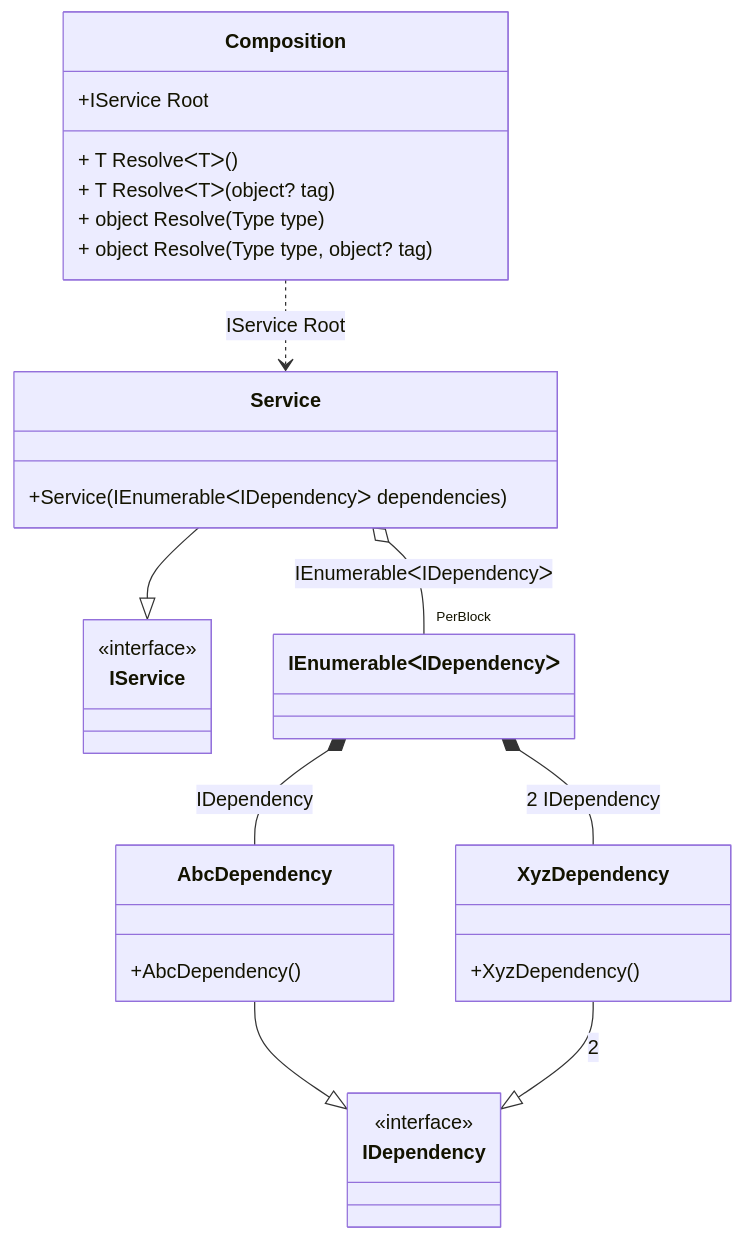
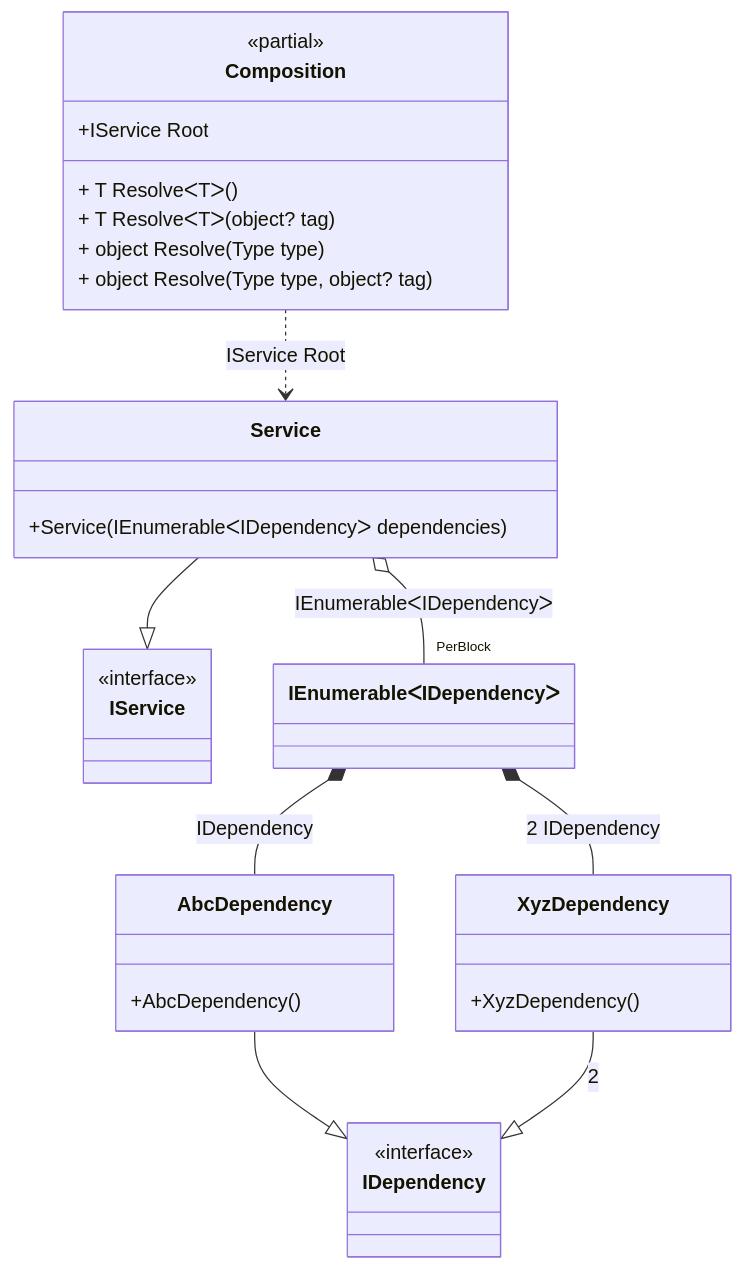
Before and after one commit to DevTeam/Pure.DI: the diagram in readme/enumerable.md, drawn with Mermaid. The commit also changed 74 other files, not shown here.

Commit message:
Improved class diagram

````diff
--- a/readme/enumerable.md
+++ b/readme/enumerable.md
@@ -43,33 +43,34 @@
 ```mermaid
 classDiagram
 	class Composition {
+		<<partial>>
 		+IService Root
 		+ T ResolveᐸTᐳ()
 		+ T ResolveᐸTᐳ(object? tag)
 		+ object Resolve(Type type)
 		+ object Resolve(Type type, object? tag)
 	}
 	AbcDependency --|> IDependency : 
 	class AbcDependency {
 		+AbcDependency()
 	}
 	XyzDependency --|> IDependency : 2 
 	class XyzDependency {
 		+XyzDependency()
 	}
 	Service --|> IService : 
 	class Service {
 		+Service(IEnumerableᐸIDependencyᐳ dependencies)
 	}
 	class IEnumerableᐸIDependencyᐳ
 	class IDependency {
 		<<interface>>
 	}
 	class IService {
 		<<interface>>
 	}
-	Service o--  "PerBlock" IEnumerableᐸIDependencyᐳ : IEnumerableᐸIDependencyᐳ
+	Service o-- "PerBlock" IEnumerableᐸIDependencyᐳ : IEnumerableᐸIDependencyᐳ
 	Composition ..> Service : IService Root
 	IEnumerableᐸIDependencyᐳ *--  AbcDependency : IDependency
 	IEnumerableᐸIDependencyᐳ *--  XyzDependency : 2  IDependency
 ```
````
